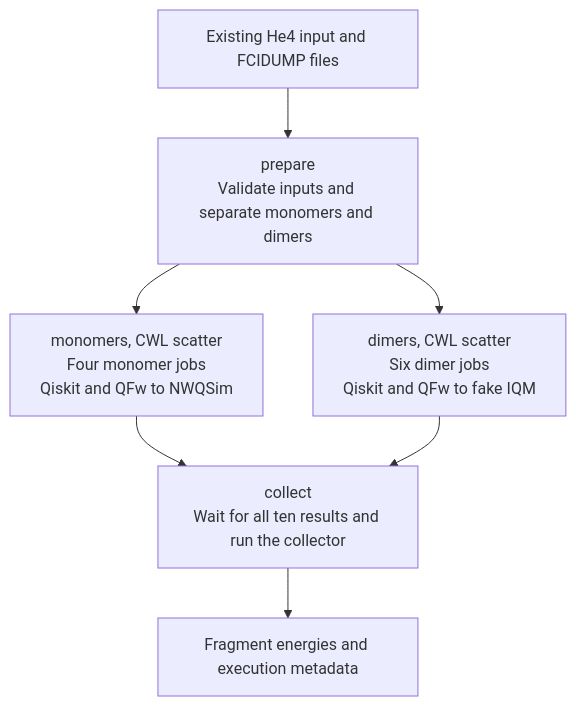
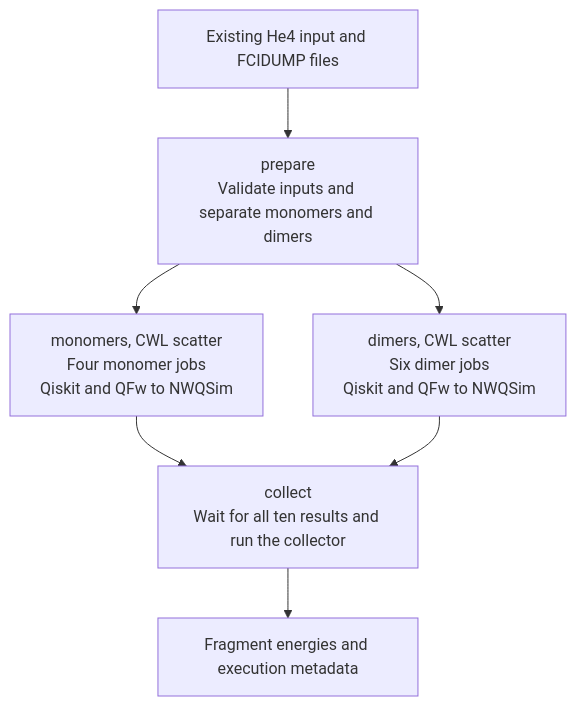
One commit to openQSE/QFw-SLURM-Cluster changed the diagram in streamflow/chemistry/README.md. Above: the diagram before and after it, drawn with Mermaid. The commit also changed other lines of this file and 1 other file, not shown here.

````diff
--- a/streamflow/chemistry/README.md
+++ b/streamflow/chemistry/README.md
@@ -34,9 +40,9 @@
 ```mermaid
 flowchart TD
     inputs["Existing He4 input and FCIDUMP files"] --> prepare["prepare<br/>Validate inputs and separate monomers and dimers"]
     prepare --> monomers["monomers, CWL scatter<br/>Four monomer jobs<br/>Qiskit and QFw to NWQSim"]
-    prepare --> dimers["dimers, CWL scatter<br/>Six dimer jobs<br/>Qiskit and QFw to fake IQM"]
+    prepare --> dimers["dimers, CWL scatter<br/>Six dimer jobs<br/>Qiskit and QFw to NWQSim"]
     monomers --> collect["collect<br/>Wait for all ten results and run the collector"]
     dimers --> collect
     collect --> results["Fragment energies and execution metadata"]
 ```
````
